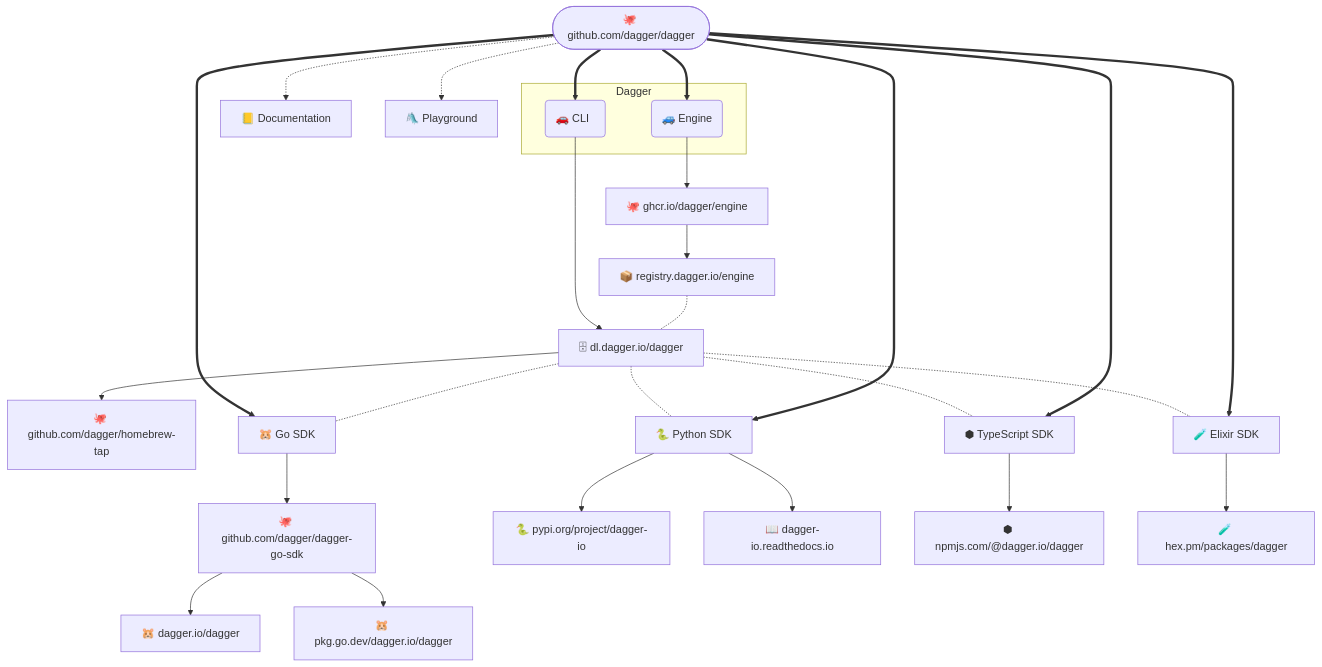
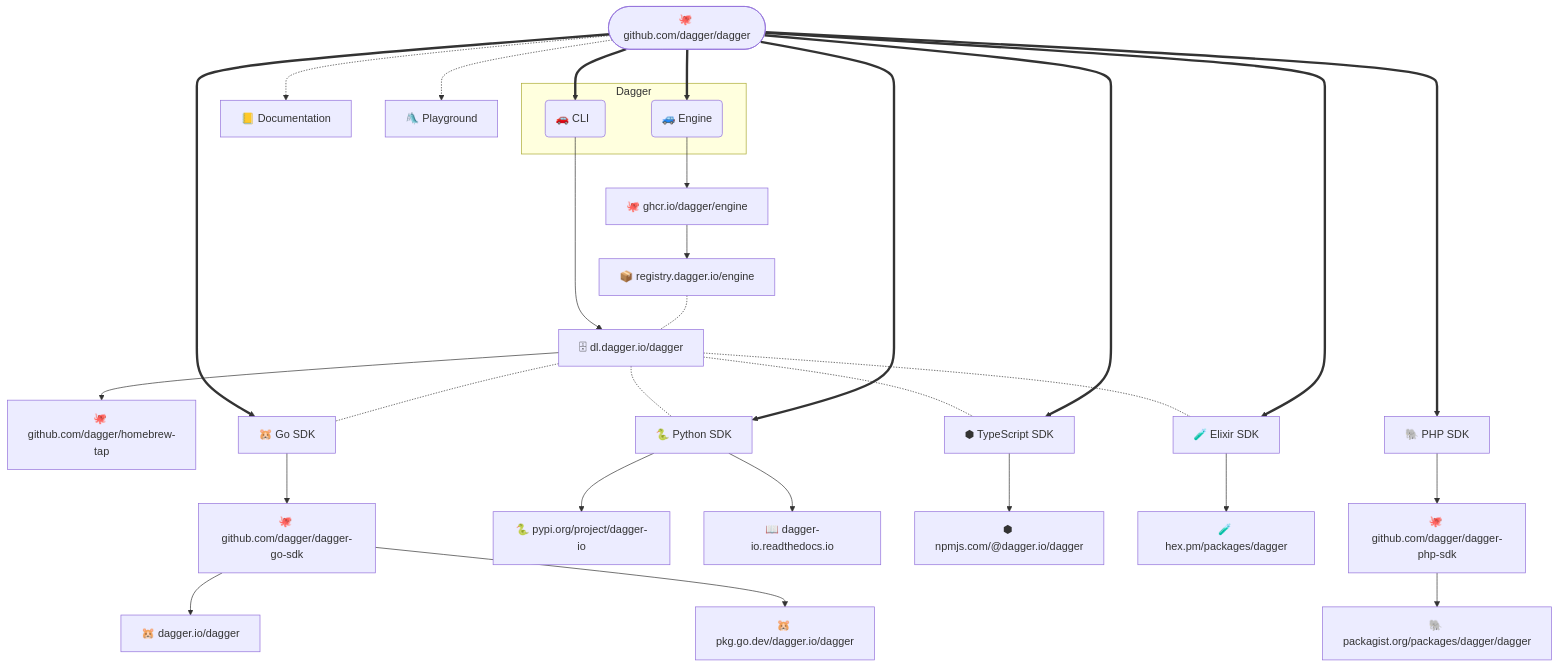
One commit to dagger/dagger changed the diagram in RELEASING.md. Above: the diagram before and after it, drawn with Mermaid. The commit also changed other lines of this file and 2 other files, not shown here.

Commit message:
Add PHP SDK to RELEASING list & graph

````diff
--- a/RELEASING.md
+++ b/RELEASING.md
@@ -15,43 +16,49 @@
 ```mermaid
-flowchart TD
+flowchart TB
     repo(["🐙 github.com/dagger/dagger"])
     docs["📒 Documentation"]
     playground["🛝 Playground"]
     repo -.-> docs & playground
 
     subgraph Dagger
         engine("🚙 Engine")
         cli("🚗 CLI &nbsp;")
     end
 
     repo ==> engine & cli
 
     S3["🗄 dl.dagger.io/dagger"]
     brew-tap["🐙 github.com/dagger/homebrew-tap"]
     cli --> S3 --> brew-tap
 
     registry["📦 registry.dagger.io/engine"]
     ghcr["🐙 ghcr.io/dagger/engine"]
     engine --> ghcr --> registry
+
 
     go["🐹 Go SDK"]
     go-repo["🐙 github.com/dagger/dagger-go-sdk"]
     go-pkg["🐹 dagger.io/dagger"]
     go-ref["🐹 pkg.go.dev/dagger.io/dagger"]
 
     repo ==> go --> go-repo --> go-pkg & go-ref
     registry -.- S3 -.- go & python & typescript & elixir
 
     python["🐍 Python SDK"]
     pypi["🐍 pypi.org/project/dagger-io"]
     readthedocs["📖 dagger-io.readthedocs.io"]
     repo ==> python --> pypi & readthedocs
 
     typescript["⬢ TypeScript SDK"]
     npm["⬢ npmjs.com/@dagger.io/dagger"]
     repo ==> typescript --> npm
 
     elixir["🧪 Elixir SDK"]
     hex["🧪 hex.pm/packages/dagger"]
     repo ==> elixir --> hex
+
+    php["🐘 PHP SDK"]
+    php-repo["🐙 github.com/dagger/dagger-php-sdk"]
+    php-pkg["🐘 packagist.org/packages/dagger/dagger"]
+    repo ======> php --> php-repo --> php-pkg
 ```
````
